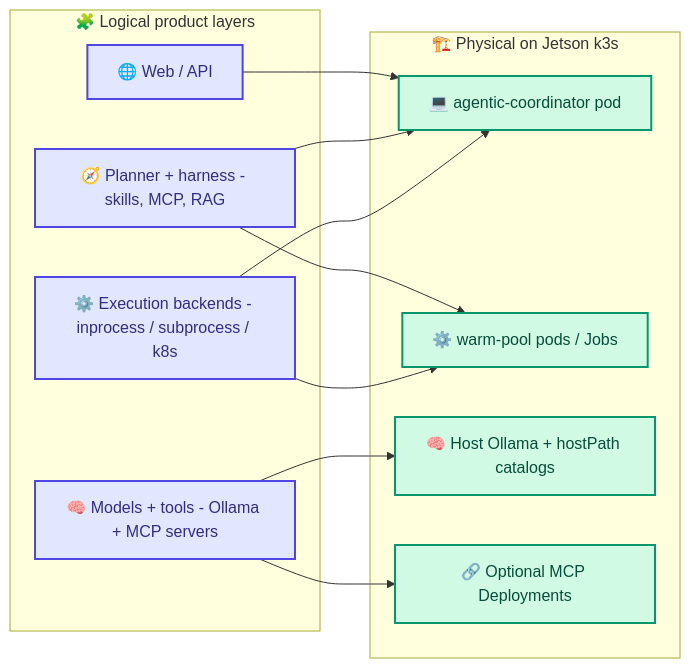
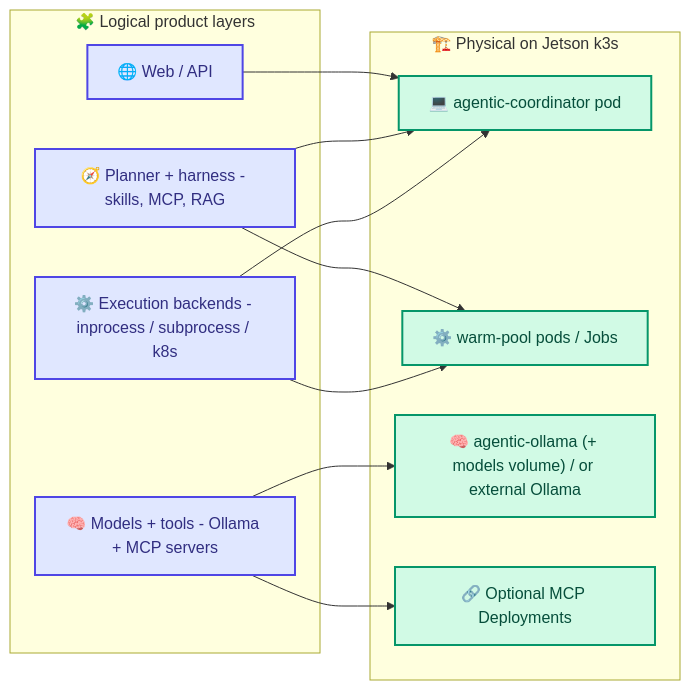
Before and after one commit to zlatko-lakisic/agentic-orchestration: the third of 3 diagrams in docs/system-architecture/index.md, drawn with Mermaid. The commit also changed other lines of this file and 7 other files, not shown here.

First line of the commit message:
Sync docs for Ollama ownership guide and edge architecture updates.

````diff
--- a/docs/system-architecture/index.md
+++ b/docs/system-architecture/index.md
@@ -137,27 +144,27 @@
 ```mermaid
 flowchart LR
   classDef logical fill:#E0E7FF,stroke:#4F46E5,stroke-width:2px,color:#312E81
   classDef physical fill:#D1FAE5,stroke:#059669,stroke-width:2px,color:#064E3B
 
   subgraph Logical["🧩 Logical product layers"]
     L1["🌐 Web / API"]:::logical
     L2["🧭 Planner + harness - skills, MCP, RAG"]:::logical
     L3["⚙️ Execution backends - inprocess / subprocess / k8s"]:::logical
     L4["🧠 Models + tools - Ollama + MCP servers"]:::logical
   end
 
   subgraph Physical["🏗️ Physical on Jetson k3s"]
     P1["💻 agentic-coordinator pod"]:::physical
     P2["⚙️ warm-pool pods / Jobs"]:::physical
-    P3["🧠 Host Ollama + hostPath catalogs"]:::physical
+    P3["🧠 agentic-ollama (+ models volume) / or external Ollama"]:::physical
     P4["🔗 Optional MCP Deployments"]:::physical
   end
 
   L1 --> P1
   L2 --> P1
   L2 --> P2
   L3 --> P1
   L3 --> P2
   L4 --> P3
   L4 --> P4
 ```
````
